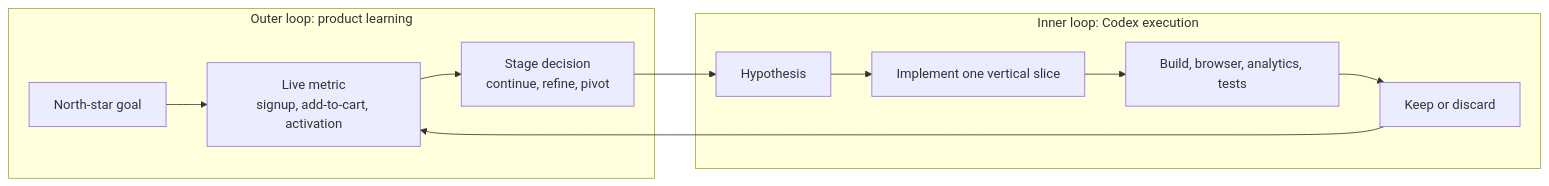
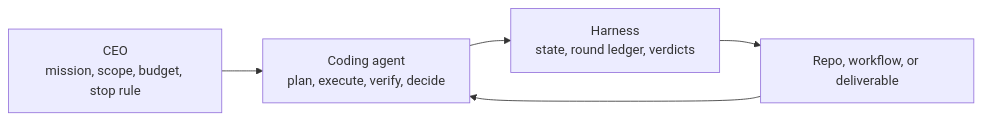
The second of 4 diagrams in references/visual-map.md (waterme7on/superloop), drawn with Mermaid before and after one commit. The commit also changed other lines of this file and 10 other files, not shown here.

Commit message:
Reposition Superloop as a CEO-to-agent harness

````diff
--- a/references/visual-map.md
+++ b/references/visual-map.md
@@ -30,20 +26,7 @@
 ```mermaid
 flowchart LR
-    subgraph OUTER["Outer loop: product learning"]
-        O1["North-star goal"]
-        O2["Live metric\nsignup, add-to-cart, activation"]
-        O3["Stage decision\ncontinue, refine, pivot"]
-        O1 --> O2 --> O3
-    end
-
-    subgraph INNER["Inner loop: Codex execution"]
-        I1["Hypothesis"]
-        I2["Implement one vertical slice"]
-        I3["Build, browser, analytics, tests"]
-        I4["Keep or discard"]
-        I1 --> I2 --> I3 --> I4
-    end
-
-    O3 --> I1
-    I4 --> O2
+    CEO["CEO\nmission, scope, budget, stop rule"] --> Agent["Coding agent\nplan, execute, verify, decide"]
+    Agent --> Harness["Harness\nstate, round ledger, verdicts"]
+    Harness --> Repo["Repo, workflow, or deliverable"]
+    Repo --> Agent
 ```
````
